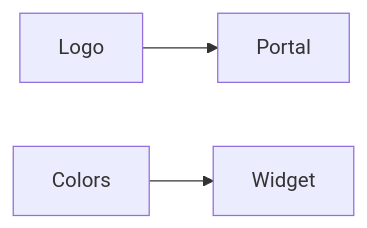
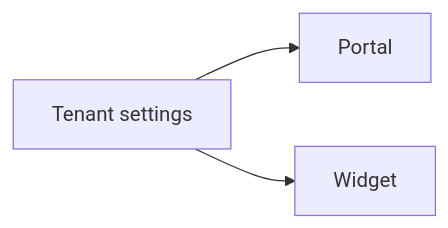
The diagram in docs/platform/branding.mdx (qefro-ai/qefro-documentation), drawn with Mermaid before and after one commit. The commit also changed other lines of this file and 46 other files, not shown here.

````diff
--- a/docs/platform/branding.mdx
+++ b/docs/platform/branding.mdx
@@ -37,5 +37,5 @@
 ```mermaid
 flowchart LR
-  Logo --> Portal
-  Colors --> Widget
+  Settings[Tenant settings] --> Portal
+  Settings --> Widget
 ```
````
